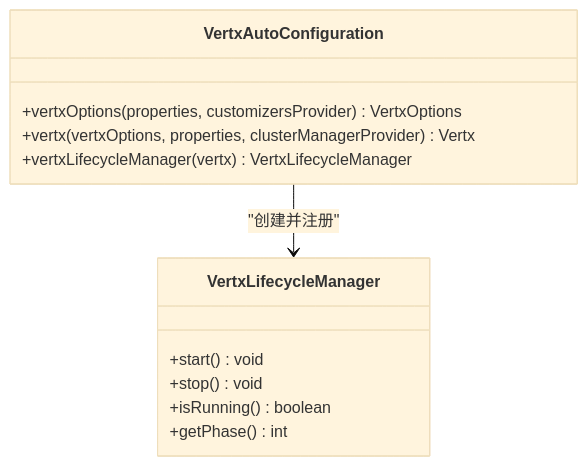
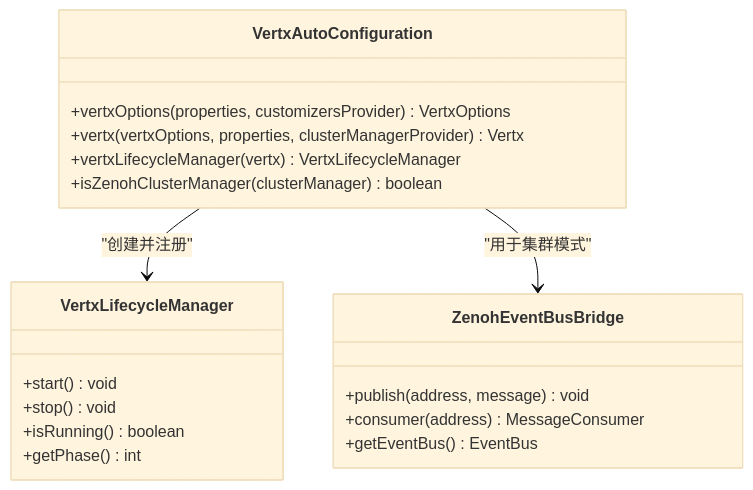
Before and after one commit to ossworker/vertx-starter: the third of 9 diagrams in .qoder/repowiki/zh/content/示例和最佳实践.md, drawn with Mermaid (base theme). The commit also changed other lines of this file and 7 other files, not shown here.

````diff
--- a/.qoder/repowiki/zh/content/示例和最佳实践.md
+++ b/.qoder/repowiki/zh/content/示例和最佳实践.md
@@ -162,15 +199,22 @@
 ```mermaid
 classDiagram
 class VertxAutoConfiguration {
 +vertxOptions(properties, customizersProvider) VertxOptions
 +vertx(vertxOptions, properties, clusterManagerProvider) Vertx
 +vertxLifecycleManager(vertx) VertxLifecycleManager
++isZenohClusterManager(clusterManager) boolean
 }
 class VertxLifecycleManager {
 +start() void
 +stop() void
 +isRunning() boolean
 +getPhase() int
 }
+class ZenohEventBusBridge {
++publish(address, message) void
++consumer(address) MessageConsumer
++getEventBus() EventBus
+}
 VertxAutoConfiguration --> VertxLifecycleManager : "创建并注册"
+VertxAutoConfiguration --> ZenohEventBusBridge : "用于集群模式"
 ```
````
